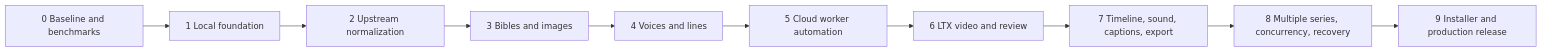
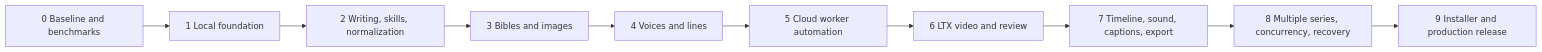
Before and after one commit to sagesta/animated-series-worker: the diagram in docs/IMPLEMENTATION_PLAN.md, drawn with Mermaid. The commit also changed other lines of this file and 16 other files, not shown here.

Commit message:
docs: define writing skills and media review

````diff
--- a/docs/IMPLEMENTATION_PLAN.md
+++ b/docs/IMPLEMENTATION_PLAN.md
@@ -9,12 +9,12 @@
 ```mermaid
 flowchart LR
     P0[0 Baseline and benchmarks] --> P1[1 Local foundation]
-    P1 --> P2[2 Upstream normalization]
+    P1 --> P2[2 Writing, skills, normalization]
     P2 --> P3[3 Bibles and images]
     P3 --> P4[4 Voices and lines]
     P4 --> P5[5 Cloud worker automation]
     P5 --> P6[6 LTX video and review]
     P6 --> P7[7 Timeline, sound, captions, export]
     P7 --> P8[8 Multiple series, concurrency, recovery]
     P8 --> P9[9 Installer and production release]
 ```
````
